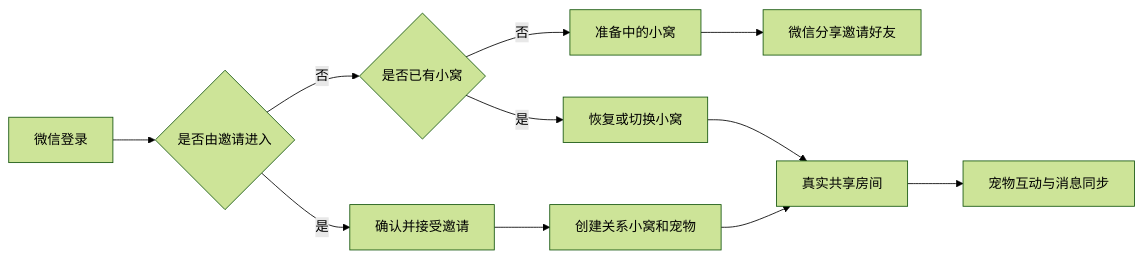
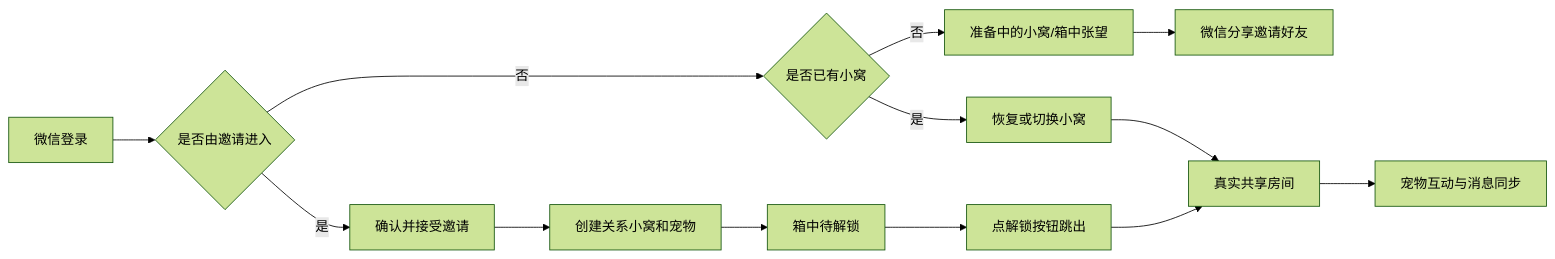
The diagram in docs/features/miniapp.md (SuperKingC/Pet10), drawn with Mermaid (forest theme) before and after one commit. The commit also changed other lines of this file and 47 other files, not shown here.

````diff
--- a/docs/features/miniapp.md
+++ b/docs/features/miniapp.md
@@ -9,13 +9,15 @@
 ```mermaid
 flowchart LR
   A["微信登录"] --> B{"是否由邀请进入"}
   B -->|"是"| C["确认并接受邀请"]
   B -->|"否"| D{"是否已有小窝"}
   C --> E["创建关系小窝和宠物"]
-  D -->|"否"| F["准备中的小窝"]
+  D -->|"否"| F["准备中的小窝/箱中张望"]
   D -->|"是"| G["恢复或切换小窝"]
+  E --> K["箱中待解锁"]
+  K --> L["点解锁按钮跳出"]
   F --> H["微信分享邀请好友"]
-  E --> I["真实共享房间"]
+  L --> I["真实共享房间"]
   G --> I
   I --> J["宠物互动与消息同步"]
 ```
````
